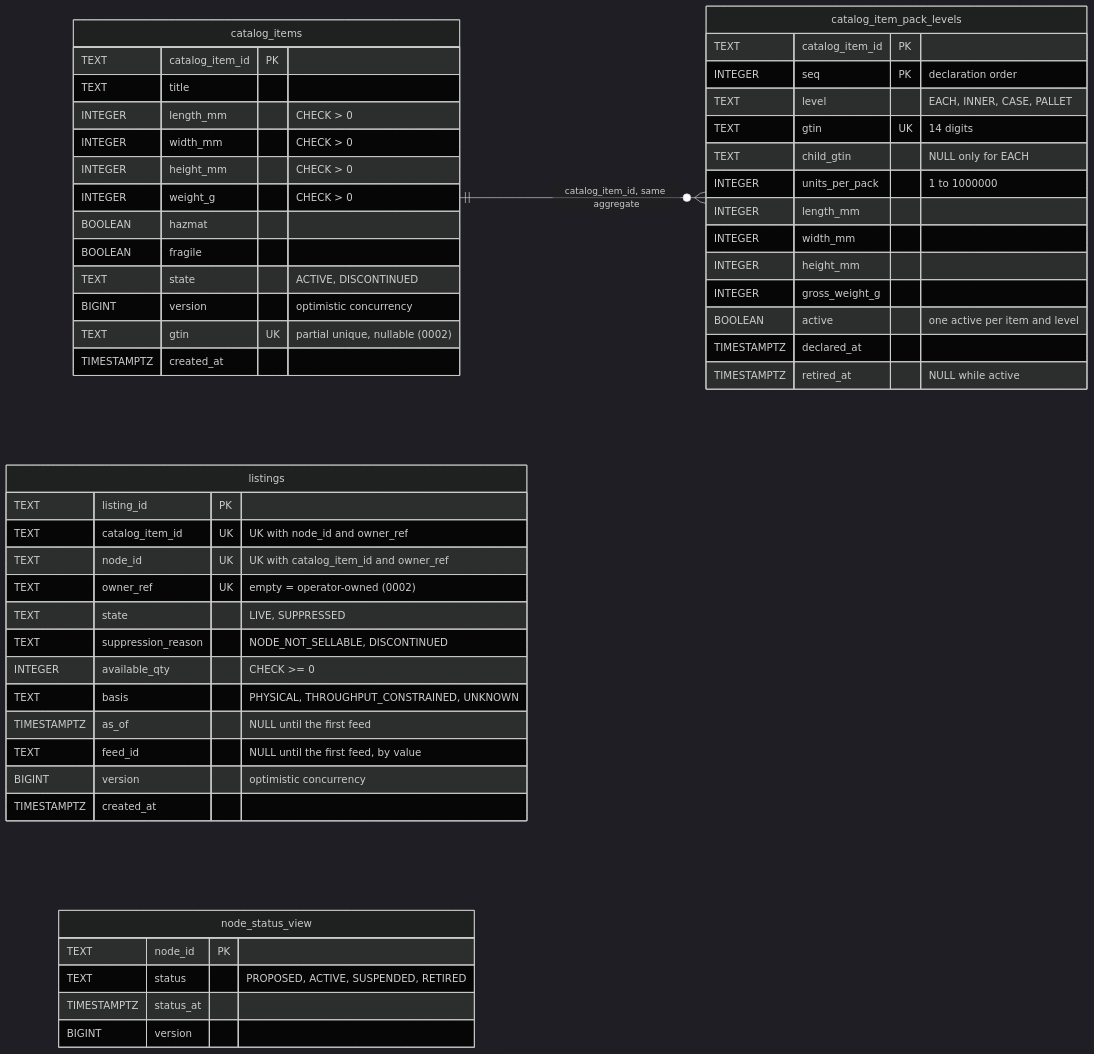
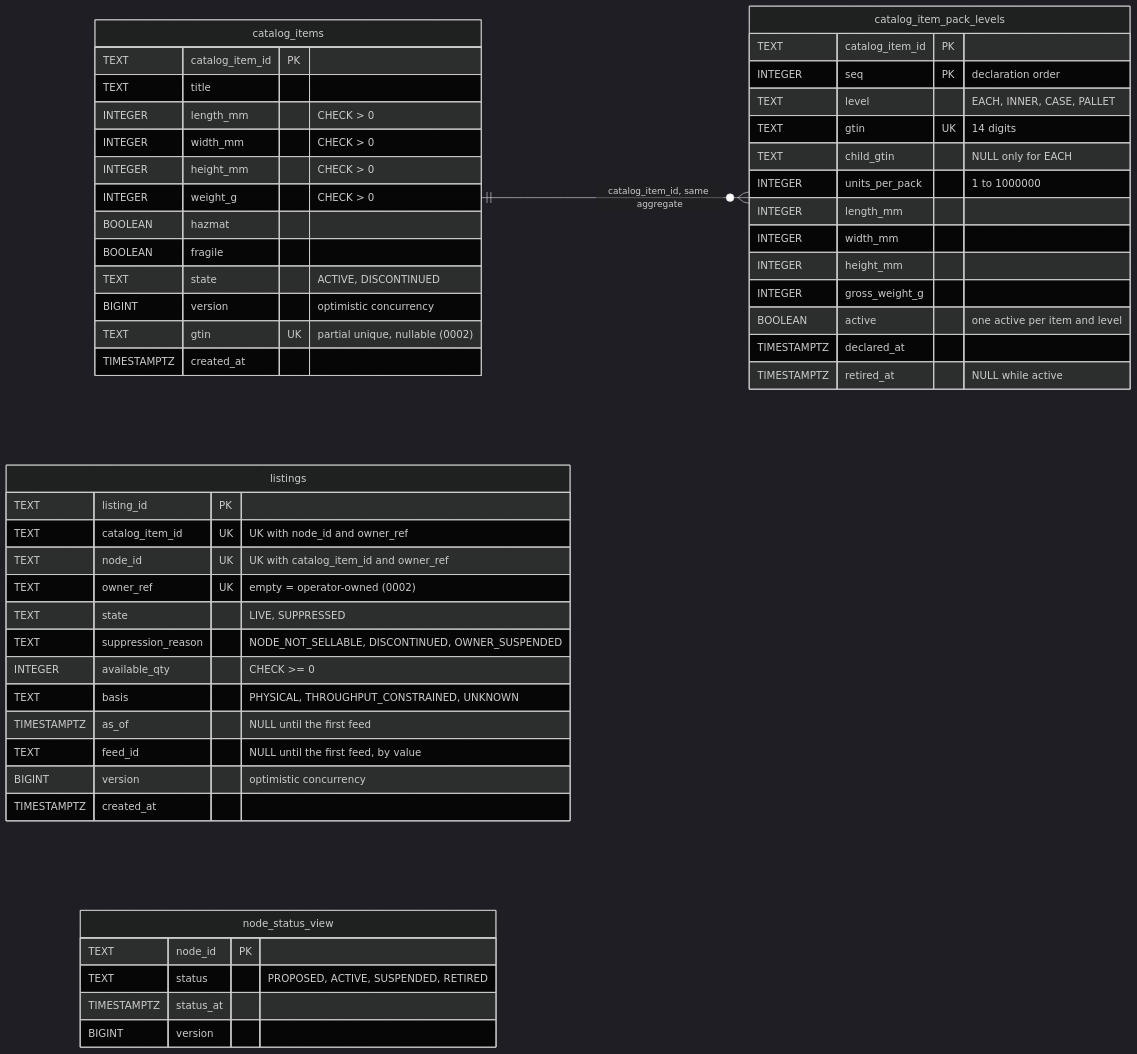
One commit to IQVO/offer-availability changed the first of 3 diagrams in docs/docs/ddd/entity-relationship.md. Above: the diagram before and after it, drawn with Mermaid (dark theme). The commit also changed 15 other files, not shown here.

````diff
--- a/docs/docs/ddd/entity-relationship.md
+++ b/docs/docs/ddd/entity-relationship.md
@@ -19,54 +19,54 @@
 ```mermaid
 erDiagram
     direction LR
     catalog_items ||--o{ catalog_item_pack_levels : "catalog_item_id, same aggregate"
     catalog_items {
         TEXT catalog_item_id PK
         TEXT title
         INTEGER length_mm "CHECK > 0"
         INTEGER width_mm "CHECK > 0"
         INTEGER height_mm "CHECK > 0"
         INTEGER weight_g "CHECK > 0"
         BOOLEAN hazmat
         BOOLEAN fragile
         TEXT state "ACTIVE, DISCONTINUED"
         BIGINT version "optimistic concurrency"
         TEXT gtin UK "partial unique, nullable (0002)"
         TIMESTAMPTZ created_at
     }
     catalog_item_pack_levels {
         TEXT catalog_item_id PK
         INTEGER seq PK "declaration order"
         TEXT level "EACH, INNER, CASE, PALLET"
         TEXT gtin UK "14 digits"
         TEXT child_gtin "NULL only for EACH"
         INTEGER units_per_pack "1 to 1000000"
         INTEGER length_mm
         INTEGER width_mm
         INTEGER height_mm
         INTEGER gross_weight_g
         BOOLEAN active "one active per item and level"
         TIMESTAMPTZ declared_at
         TIMESTAMPTZ retired_at "NULL while active"
     }
     listings {
         TEXT listing_id PK
         TEXT catalog_item_id UK "UK with node_id and owner_ref"
         TEXT node_id UK "UK with catalog_item_id and owner_ref"
         TEXT owner_ref UK "empty = operator-owned (0002)"
         TEXT state "LIVE, SUPPRESSED"
-        TEXT suppression_reason "NODE_NOT_SELLABLE, DISCONTINUED"
+        TEXT suppression_reason "NODE_NOT_SELLABLE, DISCONTINUED, OWNER_SUSPENDED"
         INTEGER available_qty "CHECK >= 0"
         TEXT basis "PHYSICAL, THROUGHPUT_CONSTRAINED, UNKNOWN"
         TIMESTAMPTZ as_of "NULL until the first feed"
         TEXT feed_id "NULL until the first feed, by value"
         BIGINT version "optimistic concurrency"
         TIMESTAMPTZ created_at
     }
     node_status_view {
         TEXT node_id PK
         TEXT status "PROPOSED, ACTIVE, SUSPENDED, RETIRED"
         TIMESTAMPTZ status_at
         BIGINT version
     }
 ```
````
